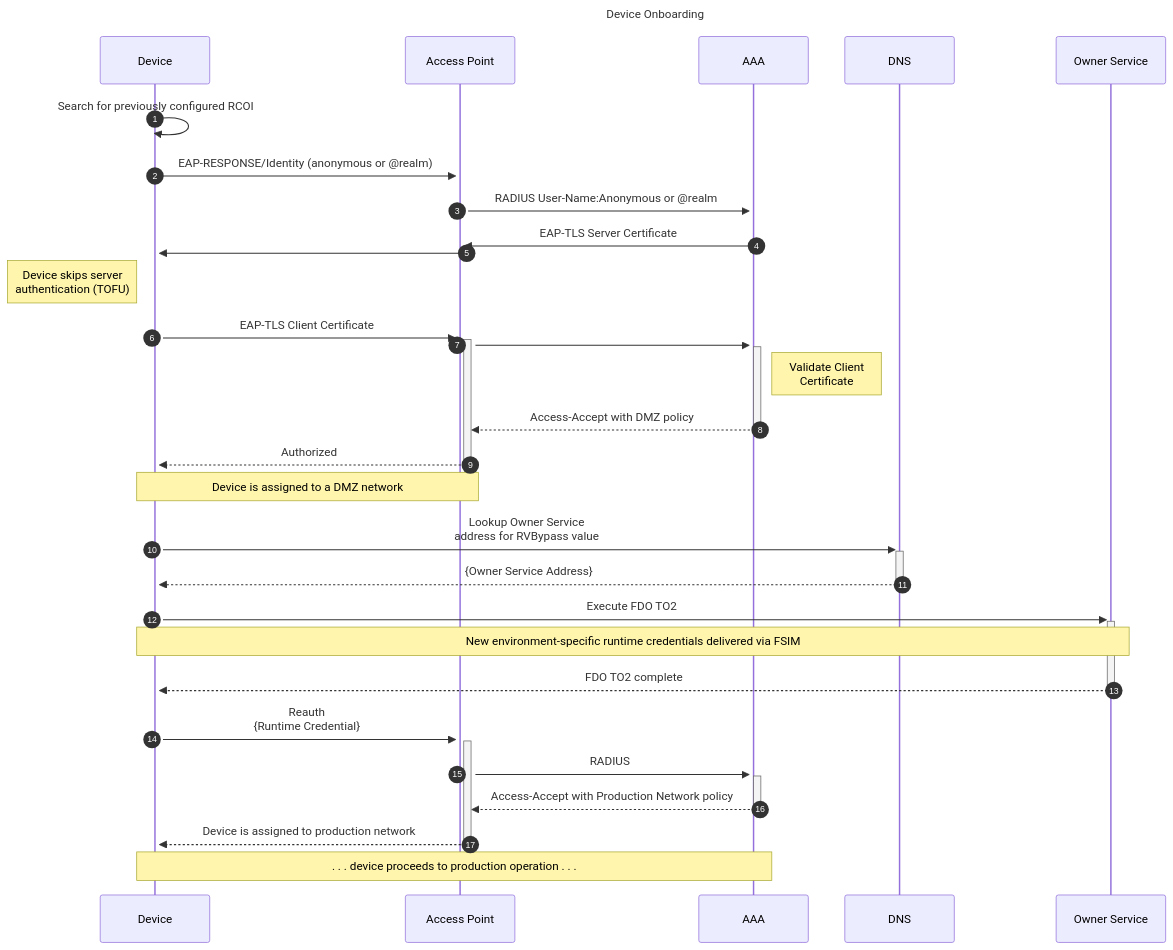
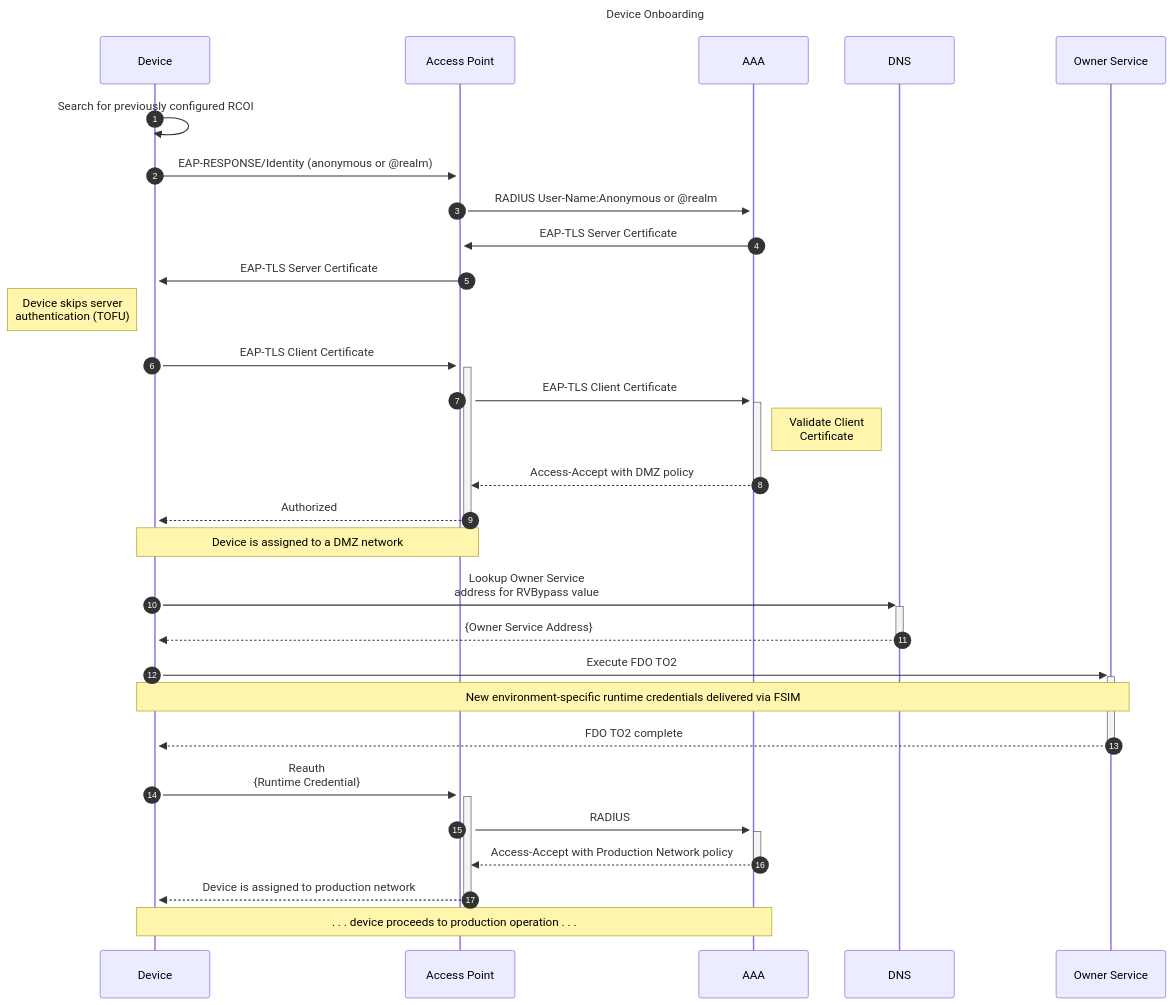
One commit to wireless-broadband-alliance/WBA-FIDO-Collaboration changed the second of 2 diagrams in WORKFLOWS.md. Above: the diagram before and after it, drawn with Mermaid.

````diff
--- a/WORKFLOWS.md
+++ b/WORKFLOWS.md
@@ -70,41 +70,41 @@
 ```mermaid
 sequenceDiagram
     title Device Onboarding
     participant dev as Device
     participant ap as Access Point
     participant aaa as AAA
     participant dns as DNS
     participant owner as Owner Service
 
     autonumber
 
     dev ->> dev: Search for previously configured RCOI
     dev ->>+ ap: EAP-RESPONSE/Identity (anonymous or @realm)
     ap ->>+ aaa: RADIUS User-Name:Anonymous or @realm
 
     aaa ->>+ ap: EAP-TLS Server Certificate
-    ap ->>+ dev: 
+    ap ->>+ dev: EAP-TLS Server Certificate
     note left of dev : Device skips server<br>authentication (TOFU)
 
-    dev ->>+ap: EAP-TLS Client Certificate
-    ap ->>+aaa:
+    dev ->>+ ap: EAP-TLS Client Certificate
+    ap ->>+ aaa: EAP-TLS Client Certificate
 
     note right of aaa : Validate Client<br>Certificate
 
     aaa -->>- ap: Access-Accept with DMZ policy
     ap -->>- dev: Authorized
     note over dev,ap: Device is assigned to a DMZ network
 
     dev ->>+ dns: Lookup Owner Service<br/>address for RVBypass value
     dns -->>- dev: {Owner Service Address}
 
     dev ->>+ owner: Execute FDO TO2
     note over dev,owner: New environment-specific runtime credentials delivered via FSIM
     owner -->>- dev: FDO TO2 complete
 
     dev ->>+ ap: Reauth<br/>{Runtime Credential}
     ap ->>+ aaa: RADIUS
     aaa -->>- ap: Access-Accept with Production Network policy
     ap -->>- dev: Device is assigned to production network
     note over dev,aaa: . . . device proceeds to production operation . . .
 ```
````
